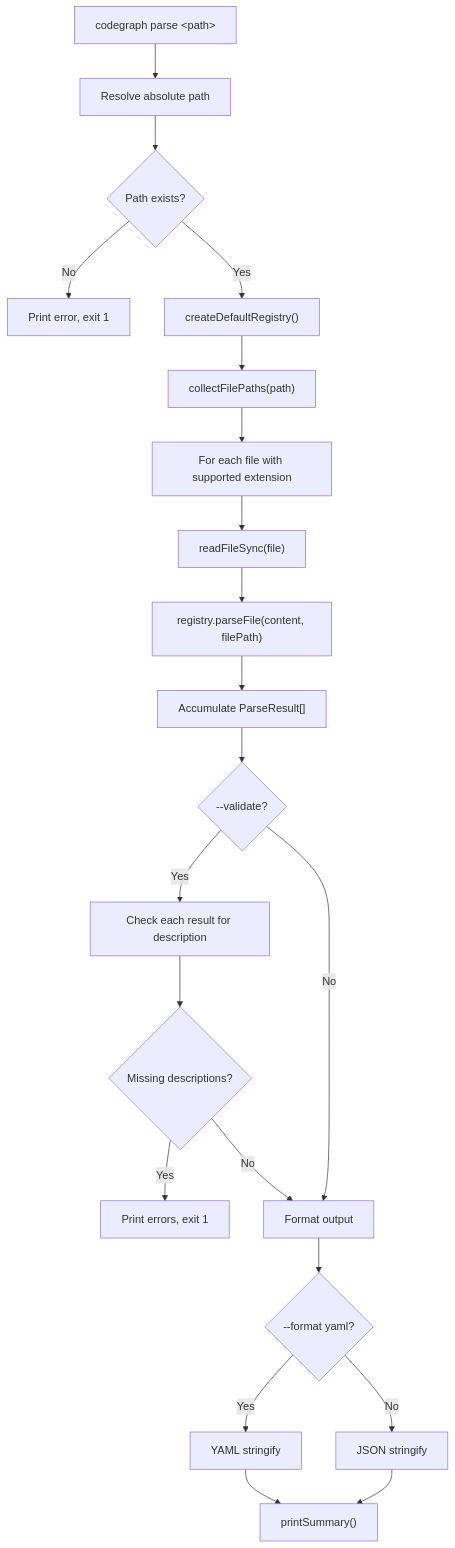
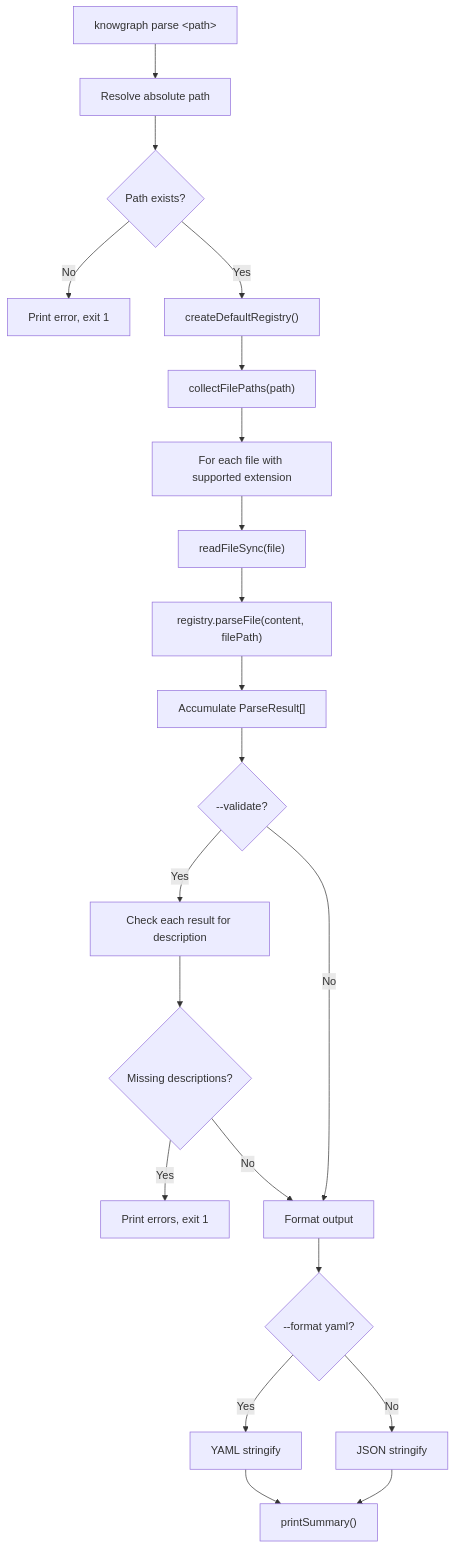
The third of 7 diagrams in docs/cli/README.md (idosams/know-know), drawn with Mermaid before and after one commit. The commit also changed other lines of this file and 107 other files, not shown here.

First line of the commit message:
refactor: rename codegraph to knowgraph across entire project (#8)

````diff
--- a/docs/cli/README.md
+++ b/docs/cli/README.md
@@ -224,23 +224,23 @@
 ```mermaid
 flowchart TD
-    A["codegraph parse &lt;path&gt;"] --> B["Resolve absolute path"]
+    A["knowgraph parse &lt;path&gt;"] --> B["Resolve absolute path"]
     B --> C{"Path exists?"}
     C -- "No" --> D["Print error, exit 1"]
     C -- "Yes" --> E["createDefaultRegistry()"]
     E --> F["collectFilePaths(path)"]
     F --> G["For each file with supported extension"]
     G --> H["readFileSync(file)"]
     H --> I["registry.parseFile(content, filePath)"]
     I --> J["Accumulate ParseResult[]"]
     J --> K{"--validate?"}
     K -- "Yes" --> L["Check each result for description"]
     L --> M{"Missing descriptions?"}
     M -- "Yes" --> N["Print errors, exit 1"]
     M -- "No" --> O["Format output"]
     K -- "No" --> O
     O --> P{"--format yaml?"}
     P -- "Yes" --> Q["YAML stringify"]
     P -- "No" --> R["JSON stringify"]
     Q --> S["printSummary()"]
     R --> S
 ```
````
